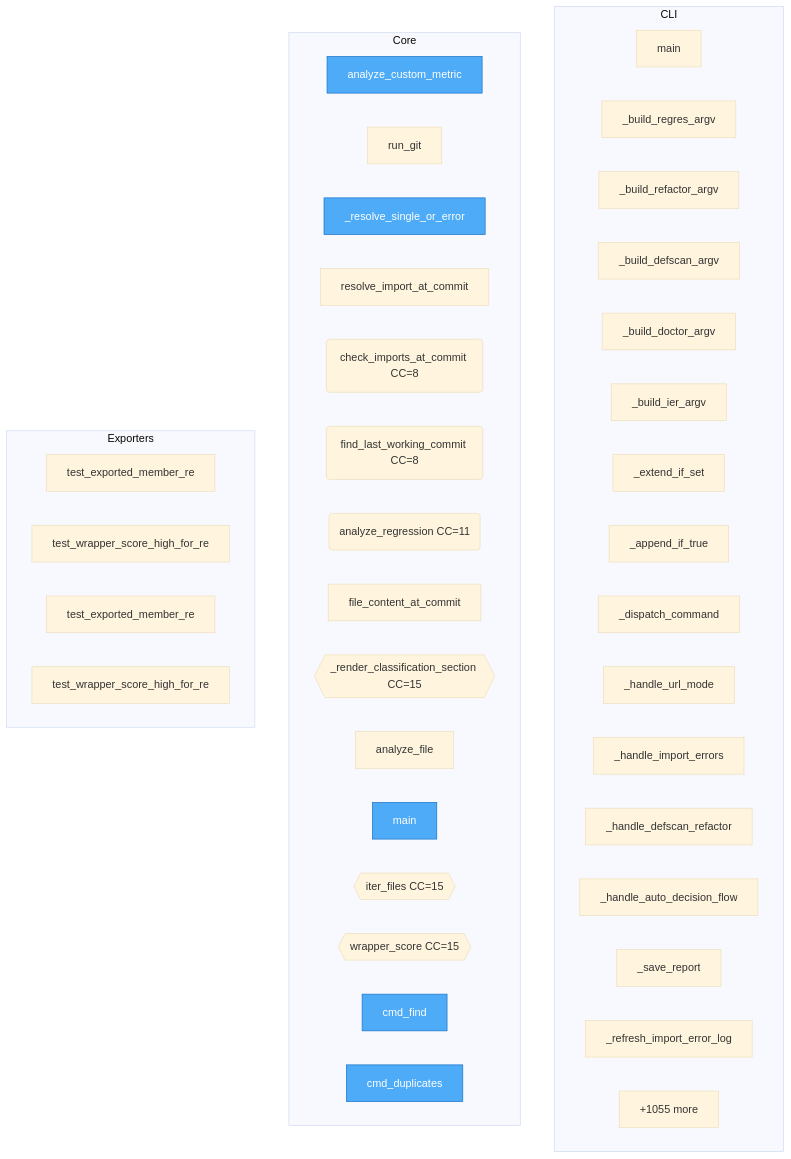
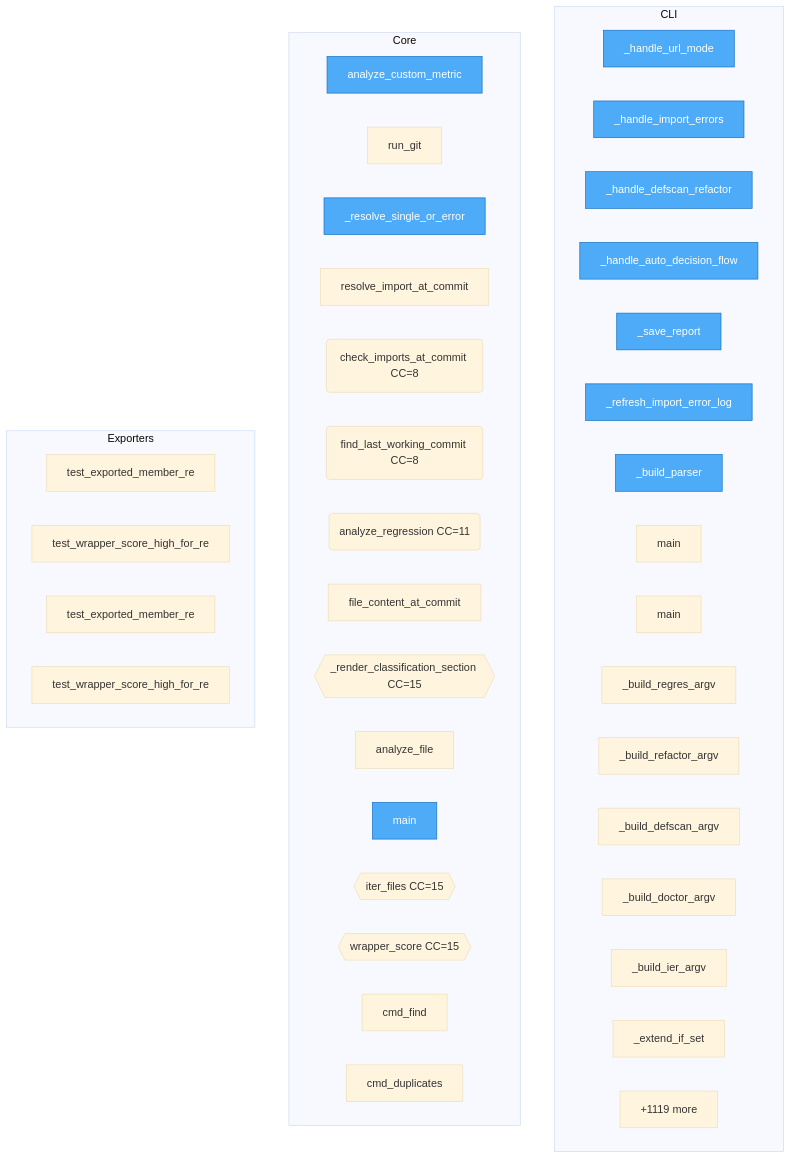
One commit to semcod/regres changed the diagram in project/flow.mmd. Above: the diagram before and after it, drawn with Mermaid (base theme). The commit also changed 25 other files, not shown here.

```diff
--- a/project/flow.mmd
+++ b/project/flow.mmd
@@ -1,51 +1,51 @@
 flowchart TD
 
     %% Entry points (blue)
     classDef entry fill:#4dabf7,stroke:#1971c2,color:#fff
 
     subgraph CLI
+        regres__doctor_cli___handle_url_mode["_handle_url_mode"]
+        regres__doctor_cli___handle_import_errors["_handle_import_errors"]
+        regres__doctor_cli___handle_defscan_refactor["_handle_defscan_refactor"]
+        regres__doctor_cli___handle_auto_decision_flow["_handle_auto_decision_flow"]
+        regres__doctor_cli___save_report["_save_report"]
+        regres__doctor_cli___refresh_import_error_log["_refresh_import_error_log"]
+        regres__doctor_cli___build_parser["_build_parser"]
+        regres__doctor_cli__main["main"]
         regres__regres_cli__main["main"]
         regres__regres_cli___build_regres_argv["_build_regres_argv"]
         regres__regres_cli___build_refactor_argv["_build_refactor_argv"]
         regres__regres_cli___build_defscan_argv["_build_defscan_argv"]
         regres__regres_cli___build_doctor_argv["_build_doctor_argv"]
         regres__regres_cli___build_ier_argv["_build_ier_argv"]
         regres__regres_cli___extend_if_set["_extend_if_set"]
-        regres__regres_cli___append_if_true["_append_if_true"]
-        regres__regres_cli___dispatch_command["_dispatch_command"]
-        regres__doctor_cli___handle_url_mode["_handle_url_mode"]
-        regres__doctor_cli___handle_import_errors["_handle_import_errors"]
-        regres__doctor_cli___handle_defscan_refactor["_handle_defscan_refactor"]
-        regres__doctor_cli___handle_auto_decision_flow["_handle_auto_decision_flow"]
-        regres__doctor_cli___save_report["_save_report"]
-        regres__doctor_cli___refresh_import_error_log["_refresh_import_error_log"]
         ...["+2 more"]
     end
 
     subgraph Core
         docs__DOCTOR__analyze_custom_metric["analyze_custom_metric"]
         regres__regres__run_git["run_git"]
         regres__regres___resolve_single_or_error["_resolve_single_or_error"]
         regres__regres__resolve_import_at_commit["resolve_import_at_commit"]
         regres__regres__check_imports_at_commit("check_imports_at_commit CC=8")
         regres__regres__find_last_working_commit("find_last_working_commit CC=8")
         regres__regres__analyze_regression("analyze_regression CC=11")
         regres__regres__file_content_at_commit["file_content_at_commit"]
         regres__regres___render_classification_section{{_render_classification_section CC=15}}
         regres__regres__analyze_file["analyze_file"]
         regres__regres__main["main"]
         regres__refactor__iter_files{{iter_files CC=15}}
         regres__refactor__wrapper_score{{wrapper_score CC=15}}
         regres__refactor__cmd_find["cmd_find"]
         regres__refactor__cmd_duplicates["cmd_duplicates"]
-        ...["+1055 more"]
+        ...["+1119 more"]
     end
 
     subgraph Exporters
+        project__map__toon__test_exported_member_re["test_exported_member_re"]
+        project__map__toon__test_wrapper_score_high_for_reexport["test_wrapper_score_high_for_re"]
         SUMD__test_exported_member_re["test_exported_member_re"]
         SUMD__test_wrapper_score_high_for_reexport["test_wrapper_score_high_for_re"]
-        project__map__toon__test_exported_member_re["test_exported_member_re"]
-        project__map__toon__test_wrapper_score_high_for_reexport["test_wrapper_score_high_for_re"]
     end
 
-    class docs__DOCTOR__analyze_custom_metric,regres__regres___resolve_single_or_error,regres__regres__main,regres__refactor__cmd_find,regres__refactor__cmd_duplicates,regres__refactor__cmd_similar,regres__refactor__cmd_symbols,regres__refactor__cmd_wrappers,regres__refactor__cmd_dead,regres__refactor__cmd_diff entry
+    class docs__DOCTOR__analyze_custom_metric,regres__regres___resolve_single_or_error,regres__regres__main,regres__doctor_cli___handle_url_mode,regres__doctor_cli___handle_import_errors,regres__doctor_cli___handle_defscan_refactor,regres__doctor_cli___handle_auto_decision_flow,regres__doctor_cli___save_report,regres__doctor_cli___refresh_import_error_log,regres__doctor_cli___build_parser entry
```
